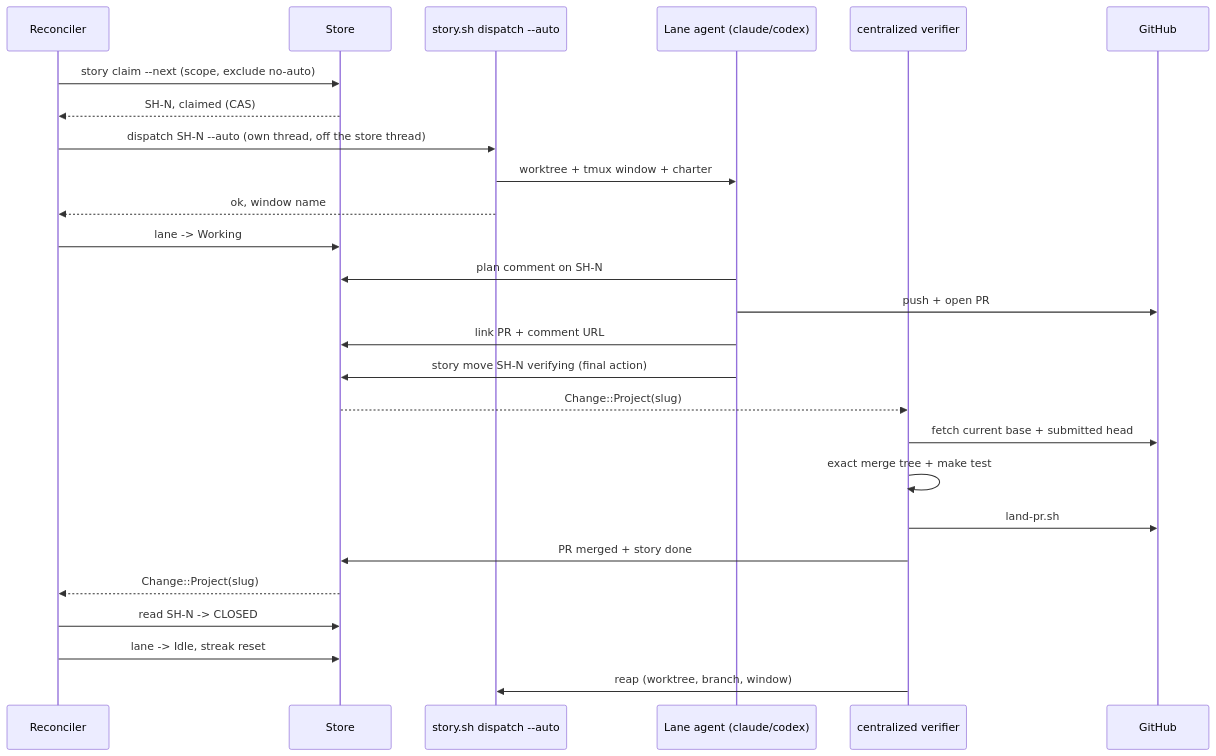
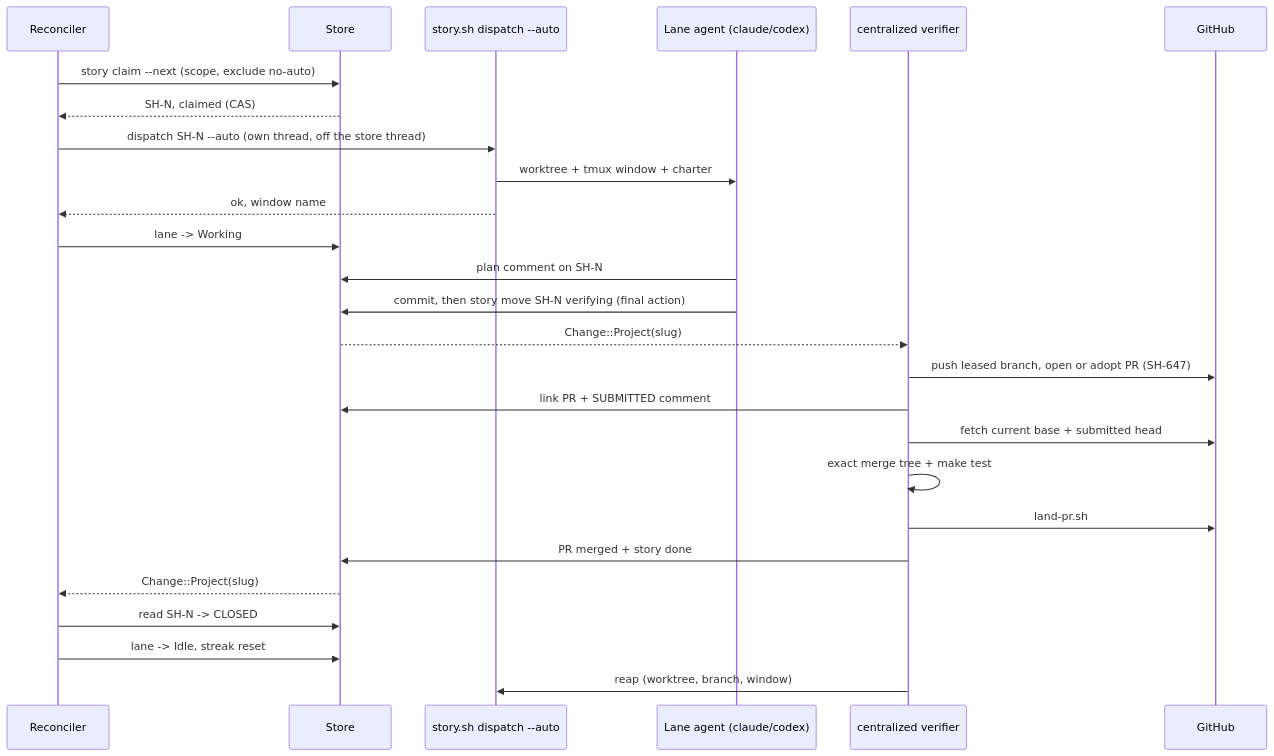
The fourth of 4 diagrams in docs/spec/full-auto-engine.md (mikeydotio/storyhook), drawn with Mermaid before and after one commit. The commit also changed other lines of this file and 7 other files, not shown here.

````diff
--- a/docs/spec/full-auto-engine.md
+++ b/docs/spec/full-auto-engine.md
@@ -304,29 +304,29 @@
 ```mermaid
 sequenceDiagram
     participant Rec as Reconciler
     participant Store
     participant Sh as story.sh dispatch --auto
     participant Lane as Lane agent (claude/codex)
     participant Ver as centralized verifier
     participant GH as GitHub
 
     Rec->>Store: story claim --next (scope, exclude no-auto)
     Store-->>Rec: SH-N, claimed (CAS)
     Rec->>Sh: dispatch SH-N --auto (own thread, off the store thread)
     Sh->>Lane: worktree + tmux window + charter
     Sh-->>Rec: ok, window name
     Rec->>Store: lane -> Working
     Lane->>Store: plan comment on SH-N
-    Lane->>GH: push + open PR
-    Lane->>Store: link PR + comment URL
-    Lane->>Store: story move SH-N verifying (final action)
+    Lane->>Store: commit, then story move SH-N verifying (final action)
     Store-->>Ver: Change::Project(slug)
+    Ver->>GH: push leased branch, open or adopt PR (SH-647)
+    Ver->>Store: link PR + SUBMITTED comment
     Ver->>GH: fetch current base + submitted head
     Ver->>Ver: exact merge tree + make test
     Ver->>GH: land-pr.sh
     Ver->>Store: PR merged + story done
     Store-->>Rec: Change::Project(slug)
     Rec->>Store: read SH-N -> CLOSED
     Rec->>Store: lane -> Idle, streak reset
     Ver->>Sh: reap (worktree, branch, window)
 ```
````
